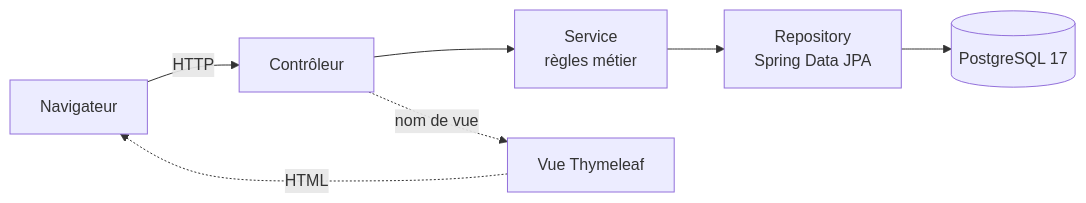
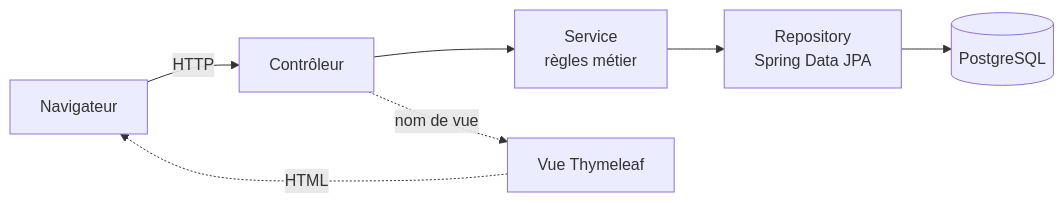
One commit to ebouchut/bouchut-eric-dossiers-pros-DWWM changed the first of 3 diagrams in diaporama/slides.md. Above: the diagram before and after it, drawn with Mermaid. The commit also changed other lines of this file and 4 other files, not shown here.

````diff
--- a/diaporama/slides.md
+++ b/diaporama/slides.md
@@ -167,5 +239,17 @@
 ```mermaid { scale: 0.8 }
 flowchart LR
-    B[Navigateur] -->|HTTP| C[Contrôleur] --> S[Service<br/>règles métier] --> R[Repository<br/>Spring Data JPA] --> P[(PostgreSQL 17)]
-    C -.->|nom de vue| V[Vue Thymeleaf] -.->|HTML| B
+    browser[Navigateur]
+    controller[Contrôleur]
+    service["Service<br/>règles métier"]
+    repository["Repository<br/>Spring Data JPA"]
+    db[(PostgreSQL)]
+    view[Vue Thymeleaf]
+    
+
+    browser     -->|HTTP| controller
+    controller  --> service
+    service     --> repository
+    repository  --> db
+    controller  -.->|nom de vue| view
+    view        -.->|HTML| browser
 ```
````
